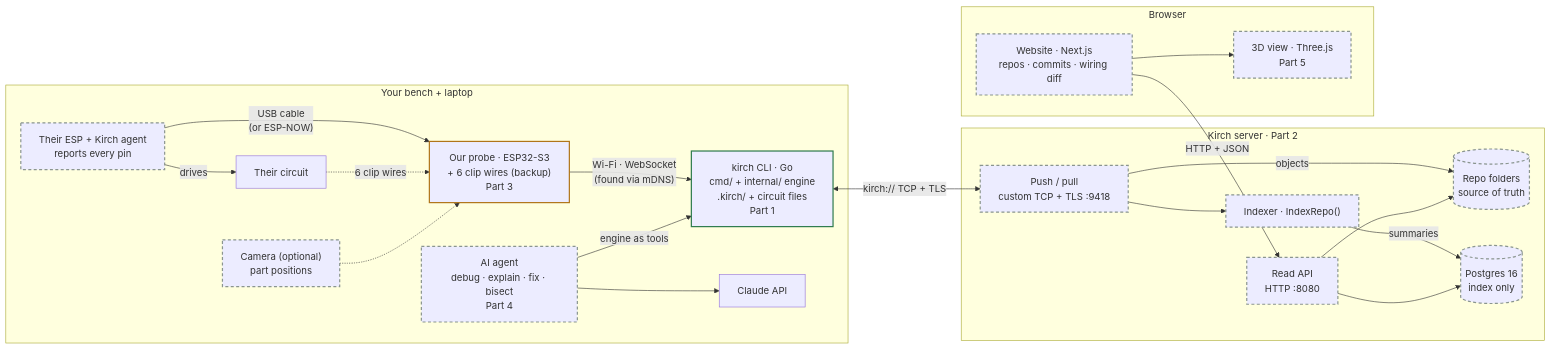
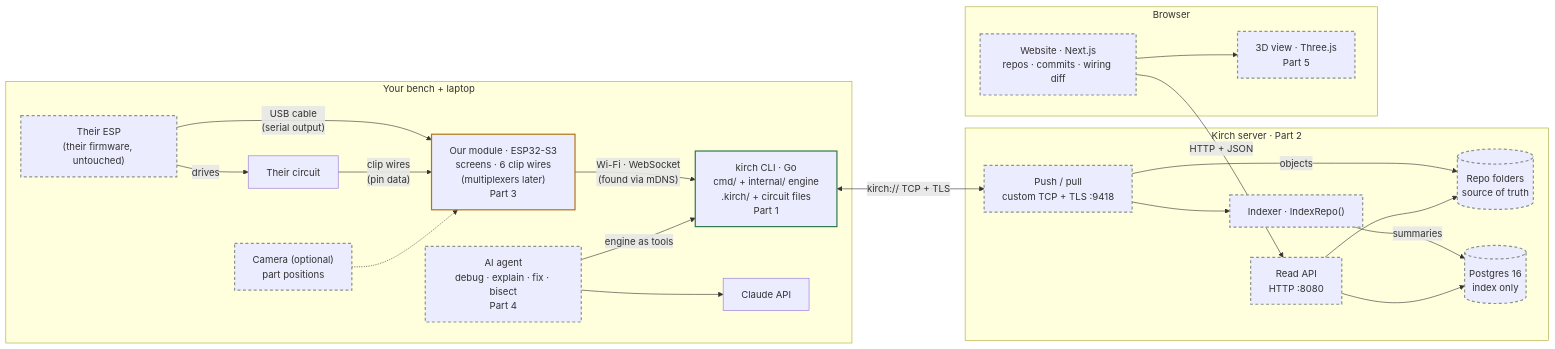
One commit to Kirch-log/Kirch changed the diagram in README.md. Above: the diagram before and after it, drawn with Mermaid. The commit also changed other lines of this file and 2 other files, not shown here.

Commit message:
Plan: never touch their ESP firmware; pin data from our clip wires; module screens, multiplexers later

````diff
--- a/README.md
+++ b/README.md
@@ -18,48 +18,48 @@
 ```mermaid
 flowchart LR
   subgraph bench["Your bench + laptop"]
     board["Their circuit"]
-    their["Their ESP + Kirch agent<br/>reports every pin"]
-    probe["Our probe · ESP32-S3<br/>+ 6 clip wires (backup)<br/>Part 3"]
+    their["Their ESP<br/>(their firmware, untouched)"]
+    probe["Our module · ESP32-S3<br/>screens · 6 clip wires<br/>(multiplexers later)<br/>Part 3"]
     cam["Camera (optional)<br/>part positions"]
     cli["kirch CLI · Go<br/>cmd/ + internal/ engine<br/>.kirch/ + circuit files<br/>Part 1"]
     agent["AI agent<br/>debug · explain · fix · bisect<br/>Part 4"]
     claude["Claude API"]
   end
 
   subgraph server["Kirch server · Part 2"]
     push["Push / pull<br/>custom TCP + TLS :9418"]
     indexer["Indexer · IndexRepo()"]
     api["Read API<br/>HTTP :8080"]
     repos[("Repo folders<br/>source of truth")]
     pg[("Postgres 16<br/>index only")]
   end
 
   subgraph browser["Browser"]
     web["Website · Next.js<br/>repos · commits · wiring diff"]
     view3d["3D view · Three.js<br/>Part 5"]
   end
 
   their -- drives --> board
-  their -- "USB cable<br/>(or ESP-NOW)" --> probe
-  board -. "6 clip wires" .-> probe
+  their -- "USB cable<br/>(serial output)" --> probe
+  board -- "clip wires<br/>(pin data)" --> probe
   cam -.-> probe
   probe -- "Wi-Fi · WebSocket<br/>(found via mDNS)" --> cli
   agent -- "engine as tools" --> cli
   agent --> claude
   cli <-- "kirch:// TCP + TLS" --> push
   push -- objects --> repos
   push --> indexer
   indexer -- summaries --> pg
   api --> pg
   api --> repos
   web -- HTTP + JSON --> api
   web --> view3d
 
   classDef built stroke:#2E7A4E,stroke-width:2px
   classDef wip stroke:#B0751A,stroke-width:2px
   classDef plan stroke:#8A958F,stroke-width:2px,stroke-dasharray:5 4
   class cli built
   class probe wip
   class agent,push,indexer,api,repos,pg,web,view3d,their,cam plan
 ```
````
